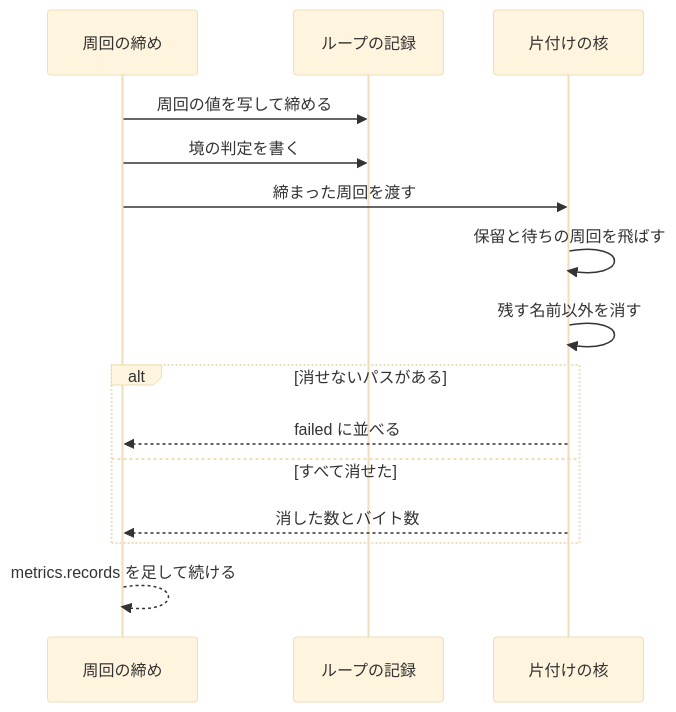
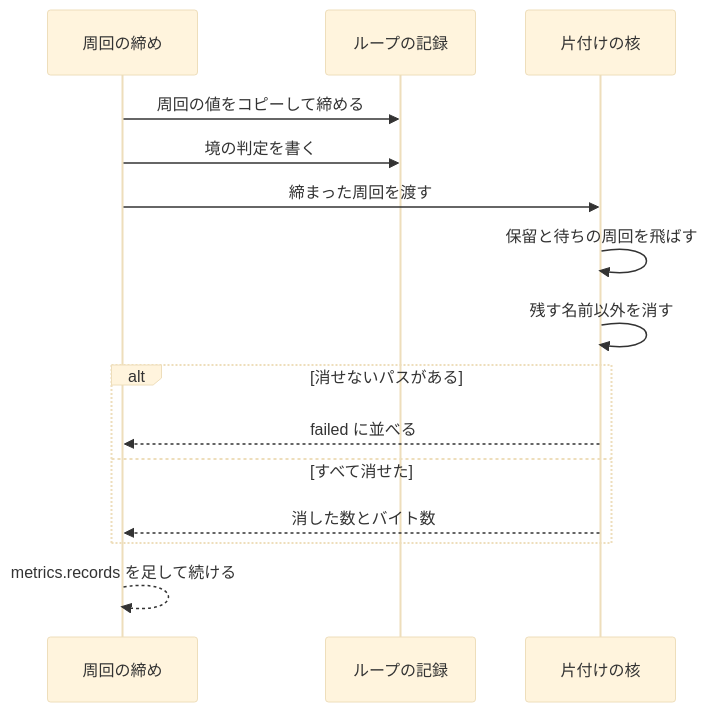
One commit to devbasex/ai-plugins changed the fourth of 6 diagrams in issues/issue-2600-design.md. Above: the diagram before and after it, drawn with Mermaid (base theme). The commit also changed other lines of this file and 1 other file, not shown here.

````diff
--- a/issues/issue-2600-design.md
+++ b/issues/issue-2600-design.md
@@ -370,17 +374,17 @@
 ```mermaid
 sequenceDiagram
     participant S as 周回の締め
     participant R as ループの記録
     participant W as 片付けの核
-    S->>R: 周回の値を写して締める
+    S->>R: 周回の値をコピーして締める
     S->>R: 境の判定を書く
     S->>W: 締まった周回を渡す
     W->>W: 保留と待ちの周回を飛ばす
     W->>W: 残す名前以外を消す
     alt 消せないパスがある
         W-->>S: failed に並べる
     else すべて消せた
         W-->>S: 消した数とバイト数
     end
     S-->>S: metrics.records を足して続ける
 ```
````
